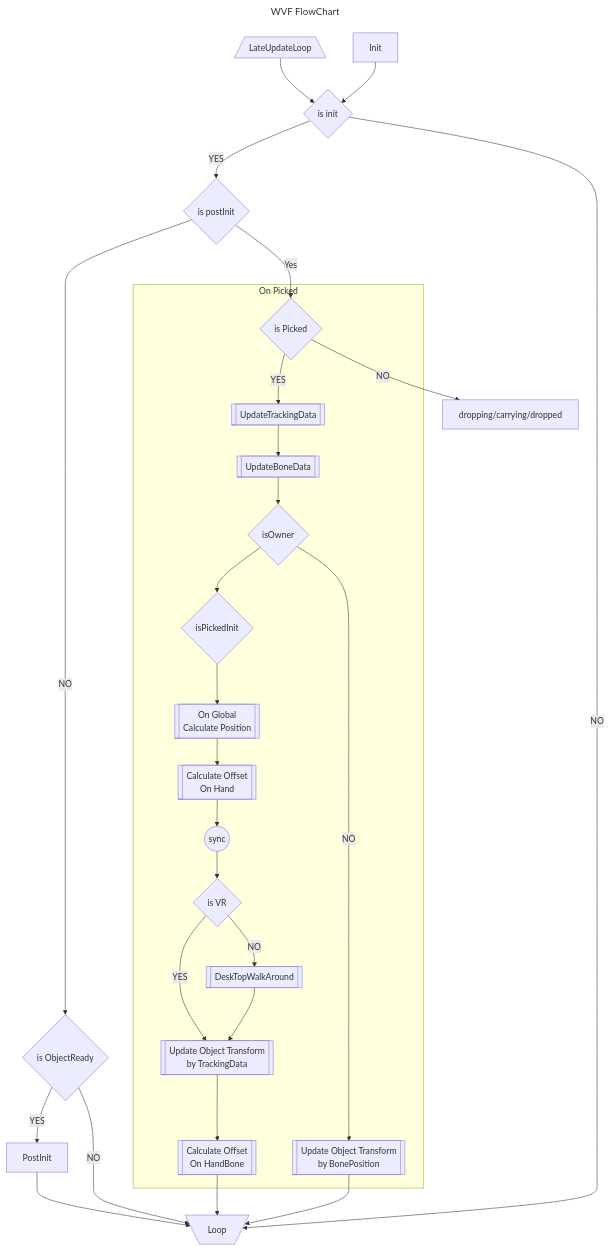
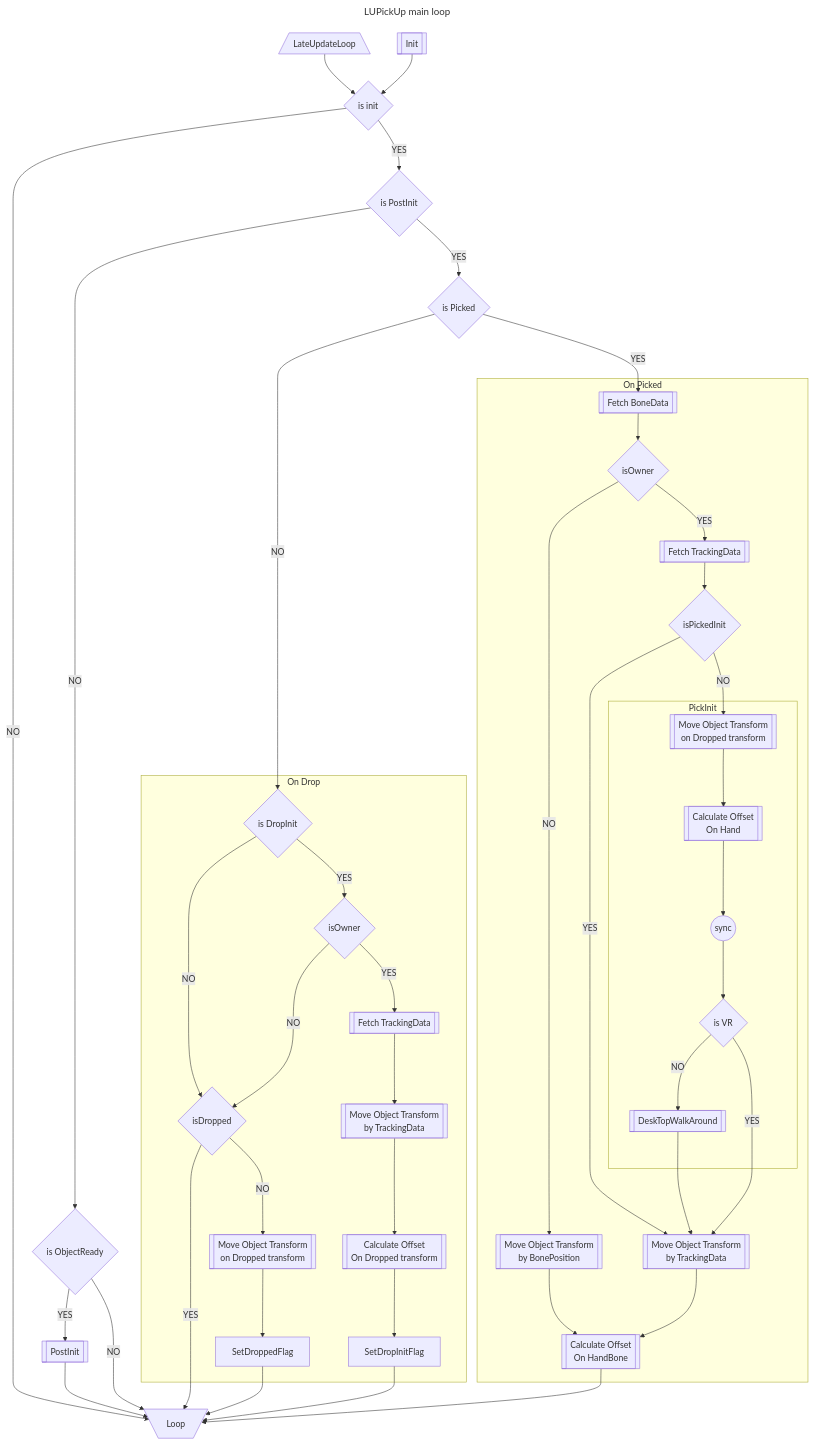
The first of 2 diagrams in Packages/com.frou01.lupick/Runtime/Script/LUPick_UML.md (frou01/VRC_PublicPackages), drawn with Mermaid before and after one commit. The commit also changed 1 other file, not shown here.

````diff
--- a/Packages/com.frou01.lupick/Runtime/Script/LUPick_UML.md
+++ b/Packages/com.frou01.lupick/Runtime/Script/LUPick_UML.md
@@ -1,24 +1,108 @@
 ```mermaid
 ---
-title: WVF FlowChart
+title: LUPickUp main loop
 ---
 
 flowchart TD
-	StartLoop[/LateUpdateLoop\] --> isInit{is init} -->|YES| isPostInit{is postInit} -->|NO| IsObjectReady{is ObjectReady} -->|YES| PostInit --> EndLoop[\Loop/]
-	isInit{is init} -->|NO| EndLoop
-	IsObjectReady -->|NO| EndLoop
-	Init --> isInit
+	StartLoop[/LateUpdateLoop\] -->
+	isInit{is init}
 
-	isPostInit{is postInit} --> |Yes| isPicked{is Picked} 
+	isInit --NO--> EndLoop
+
+	isInit --YES-->
+	isPostInit{is postInit} --NO-->
+	IsObjectReady{is ObjectReady} --YES-->
+	PostInit[[PostInit]] -->
+	EndLoop[\Loop/]
+
+
+	IsObjectReady --NO-->
+	EndLoop
+
+	Init[[Init]] -->
+	isInit
+
+	isPostInit{is PostInit} --YES-->
+	isPicked{is Picked}
+
+	isPicked --NO-->
+	isDropInit{is DropInit}
+
+	isDropped --YES-->
+	EndLoop
+
+	subgraph "On Drop"
+		
+		isDropInit --NO-->
+		isDropped{isDropped}
+
+		isOwnerOnDrop{isOwner} --NO-->
+		isDropped
+
+		isDropInit --YES-->
+		isOwnerOnDrop
+
+		isOwnerOnDrop --YES-->
+		FetchTrackingDataOnDrop[[Fetch TrackingData]]
+
+		FetchTrackingDataOnDrop -->
+		MoveObjectTransform_ByTrackingDataOnDrop[[Move Object Transform<br> by TrackingData]] -->
+		CalculateOffsetOnPlayerOnDrop[[Calculate Offset<br> On Dropped transform]] -->
+		SetDropInitFlag
+		
+		isDropped --NO-->
+		MoveObjectTransformOnDropped[[Move Object Transform<br> on Dropped transform]] -->
+		SetDroppedFlag
+	end
+
+	SetDropInitFlag -->
+	EndLoop
+
+	SetDroppedFlag -->
+	EndLoop
+
+	isPicked --YES-->
+	FetchBoneDataOnPicked[[Fetch BoneData]]
+	
 	subgraph "On Picked"
-	isPicked -->|YES| UpdateTrackingData[[UpdateTrackingData]] --> UpdateBoneData[[UpdateBoneData]] --> isOwner{isOwner} --> isPickedInit{isPickedInit} --> 
-	CalculatePosition_OnDrop[[On Global <br> Calculate Position]] --> 
-	CalculateOffsetOnHand[[Calculate Offset<br> On Hand]]--> 
-	Sync((sync)) --> isVR{is VR} -->|YES| UpdateObjectTransform_FromTrackingData[[Update Object Transform<br> by TrackingData]] --> CalculateOffsetOnBone[[Calculate Offset<br> On HandBone]]
-	isVR{is VR}-->|NO| DeskTopWalkAround[[DeskTopWalkAround]] --> UpdateObjectTransform_FromTrackingData
-	isOwner -->|NO| UpdateObjectTransform_FromBone[[Update Object Transform<br> by BonePosition]]
+		FetchBoneDataOnPicked -->
+		isOwnerOnPicked{isOwner}
+
+		isOwnerOnPicked --NO-->
+		MoveObjectTransform_FromBone[[Move Object Transform<br> by BonePosition]] -->
+		CalculateOffsetOnBone
+
+		isOwnerOnPicked --YES-->
+		FetchTrackingDataOnPicked[[Fetch TrackingData]] -->
+		isPickedInit{isPickedInit}
+
+		isPickedInit --YES-->
+		MoveObjectTransform_ByTrackingDataOnPickup
+		
+		isPickedInit --NO-->
+		MoveObjectTransformOnPickup[[Move Object Transform<br> on Dropped transform]]
+		subgraph "PickInit"
+			MoveObjectTransformOnPickup -->
+			CalculateOffsetOnHand[[Calculate Offset<br> On Hand]]-->
+			Sync((sync)) -->
+			isVR{is VR}
+			
+			
+			isVR{is VR}--NO-->
+			DeskTopWalkAround[[DeskTopWalkAround]]
+
+    	end
+		isVR --YES-->
+		MoveObjectTransform_ByTrackingDataOnPickup[[Move Object Transform<br> by TrackingData]] -->
+		CalculateOffsetOnBone[[Calculate Offset<br> On HandBone]]
+
+		DeskTopWalkAround -->
+		MoveObjectTransform_ByTrackingDataOnPickup
+		
+
+		
     end
 	CalculateOffsetOnBone --> EndLoop
-	UpdateObjectTransform_FromBone --> EndLoop
-	isPicked -->|NO| dropping/carrying/dropped
+
+
 ```
````
